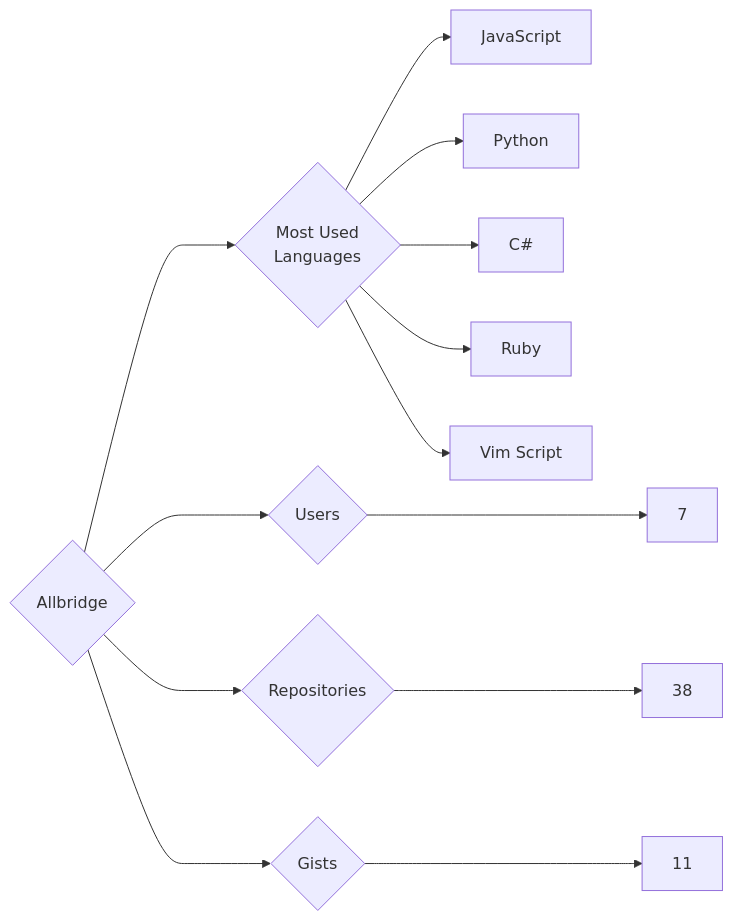
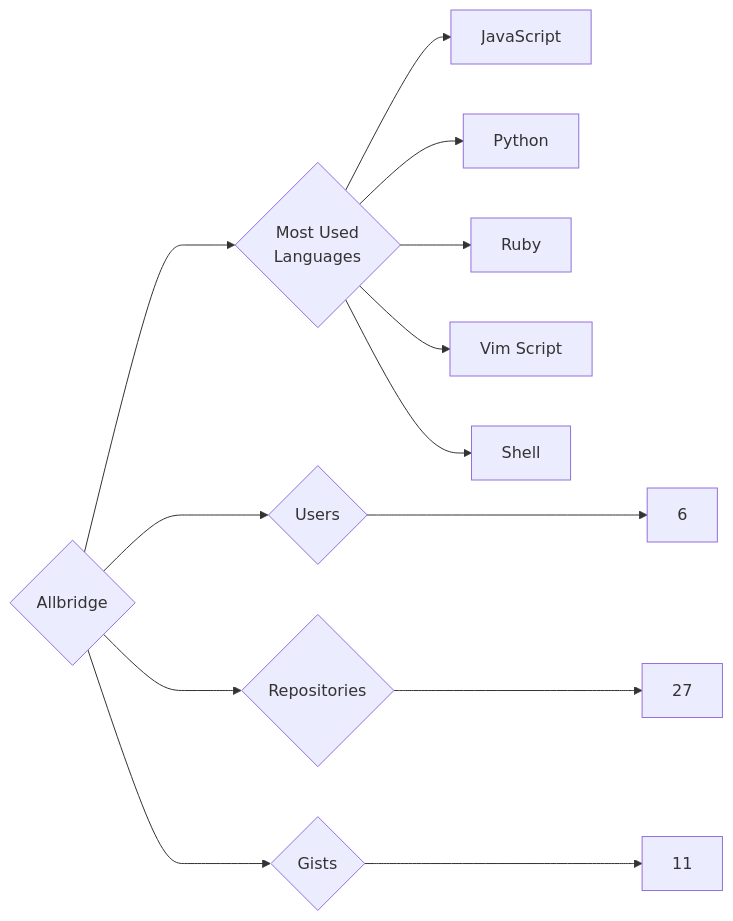
The diagram in targets/Allbridge/README.md (trickest/insiders), drawn with Mermaid before and after one commit. The commit also changed 1123 other files, not shown here.

````diff
--- a/targets/Allbridge/README.md
+++ b/targets/Allbridge/README.md
@@ -3,13 +3,13 @@
 ```mermaid
 graph LR
 COMPANY_NAME{Allbridge}
-COMPANY_NAME ---> U{Users} ---> UN[7]
-COMPANY_NAME ---> R{Repositories} ---> RN[38]
+COMPANY_NAME ---> U{Users} ---> UN[6]
+COMPANY_NAME ---> R{Repositories} ---> RN[27]
 COMPANY_NAME ---> G{Gists} ---> GN[11]
 COMPANY_NAME ---> ML{Most Used<br>Languages}
 ML --> JavaScript[JavaScript]
 ML --> Python[Python]
-ML --> C#[C#]
 ML --> Ruby[Ruby]
 ML --> Vim_Script[Vim Script]
+ML --> Shell[Shell]
 ```
````
